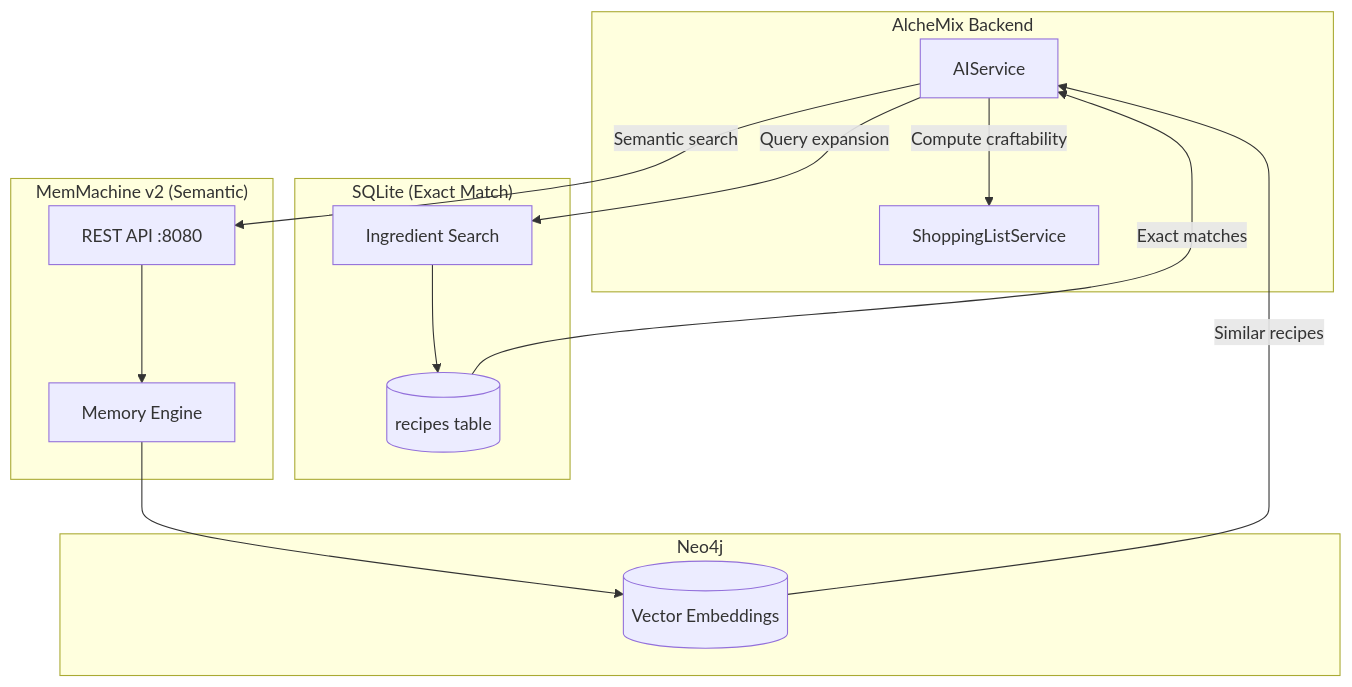
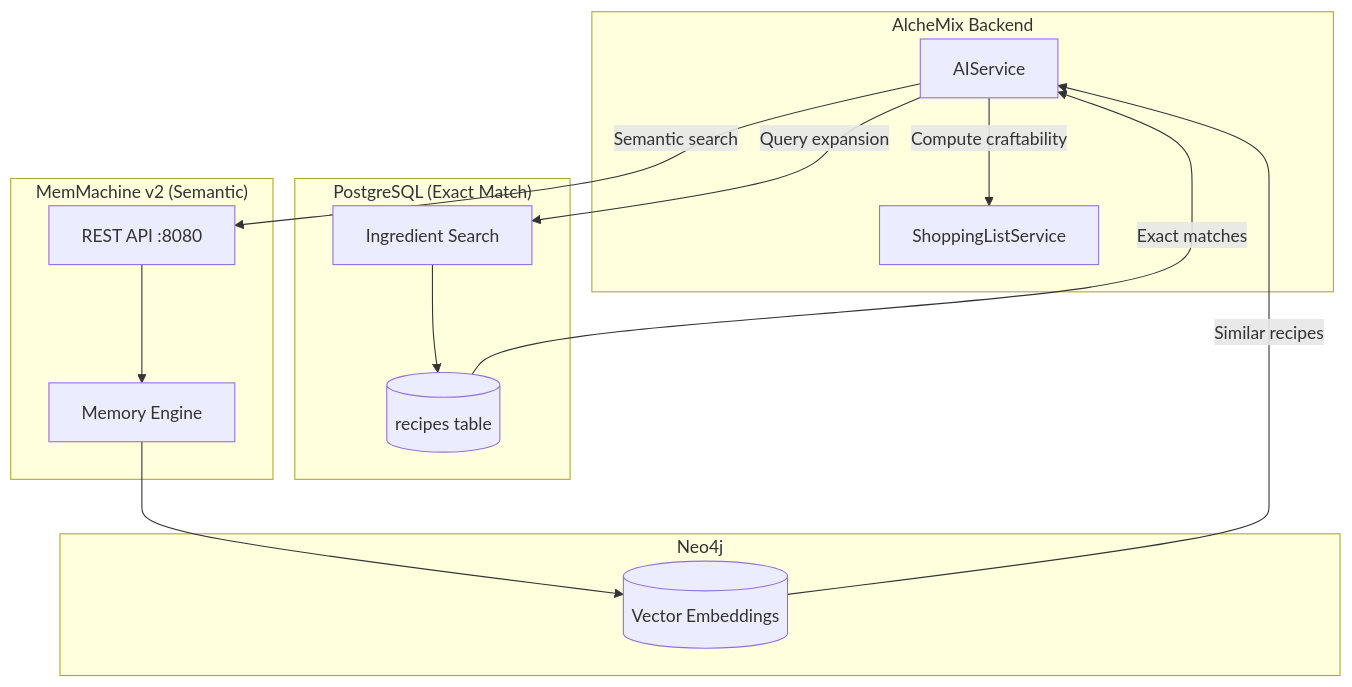
Diagram 12 of 12 in Documentation/ARCHITECTURE.md (JLawMcGraw/alchemix), drawn with Mermaid before and after one commit. The commit also changed other lines of this file and 48 other files, not shown here.

````diff
--- a/Documentation/ARCHITECTURE.md
+++ b/Documentation/ARCHITECTURE.md
@@ -764,32 +768,32 @@
 ```mermaid
 graph TB
     subgraph App["AlcheMix Backend"]
         AIService[AIService]
         ShopSvc[ShoppingListService]
     end
 
-    subgraph SQLite["SQLite (Exact Match)"]
+    subgraph PostgreSQLSearch["PostgreSQL (Exact Match)"]
         RecipeDB[(recipes table)]
         IngredientMatch[Ingredient Search]
     end
 
     subgraph MemMachine["MemMachine v2 (Semantic)"]
         API[REST API :8080]
         Engine[Memory Engine]
     end
 
     subgraph Neo4j["Neo4j"]
         VectorDB[(Vector Embeddings)]
     end
 
     AIService -->|Query expansion| IngredientMatch
     IngredientMatch --> RecipeDB
     AIService -->|Semantic search| API
     API --> Engine
     Engine --> VectorDB
 
     RecipeDB -->|Exact matches| AIService
     VectorDB -->|Similar recipes| AIService
 
     AIService -->|Compute craftability| ShopSvc
 ```
````
